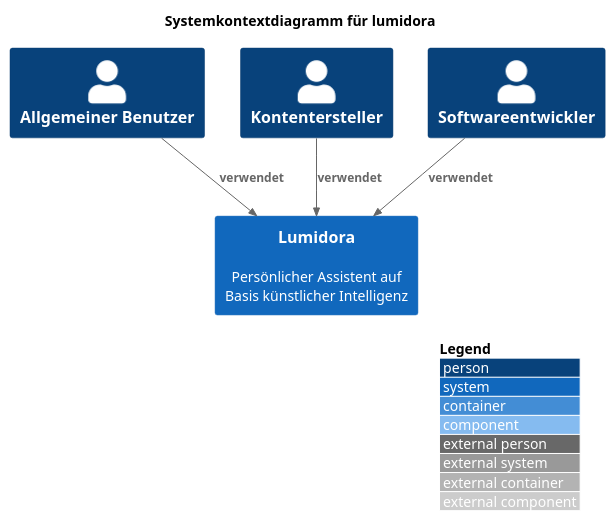
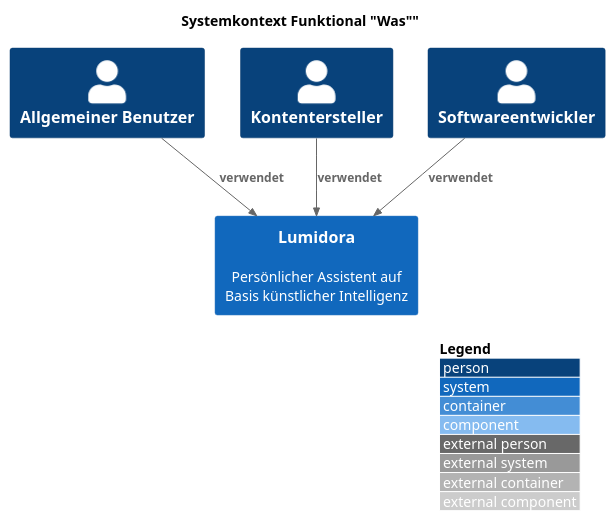
One commit to koshisinthehouse/lumidora-documentation changed the diagram in docs/modules/ROOT/examples/systemkontext-funktional.plantuml. Above: the diagram before and after it, drawn with PlantUML. The commit also changed 3 other files, not shown here.

```diff
--- a/docs/modules/ROOT/examples/systemkontext-funktional.plantuml
+++ b/docs/modules/ROOT/examples/systemkontext-funktional.plantuml
@@ -1,17 +1,17 @@
 @startuml
 !include ../partials/diagrams/plantuml-stdlib/C4-PlantUML/C4_Component.puml
 
 LAYOUT_WITH_LEGEND()
 
-title Systemkontextdiagramm für lumidora
+title Systemkontext Funktional "Was""
 
 Person(benutzer, "Allgemeiner Benutzer", "")
 Person(kontentersteller, "Kontentersteller", "")
 Person(softwareentwickler, "Softwareentwickler", "")
 System(lumidora, "Lumidora", "Persönlicher Assistent auf Basis künstlicher Intelligenz")
 
 Rel(benutzer, lumidora, "verwendet")
 Rel(kontentersteller, lumidora, "verwendet")
 Rel(softwareentwickler, lumidora, "verwendet")
 
 @enduml
```
